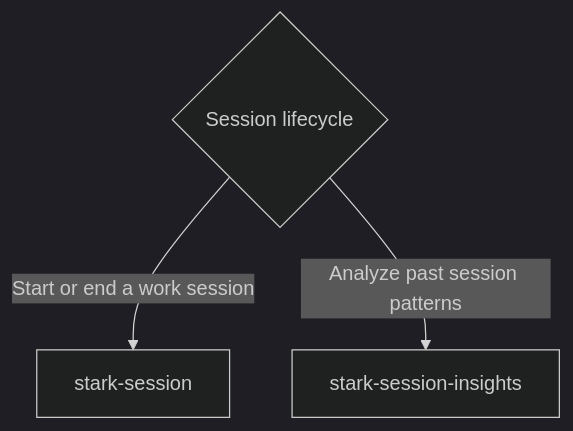
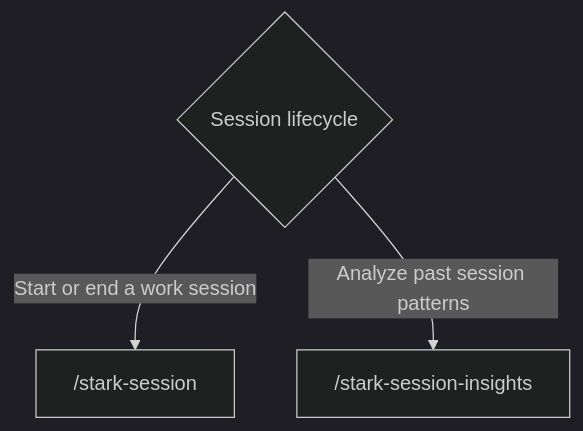
Before and after one commit to 21StarkCom/stark-skills: the fifth of 8 diagrams in docs/skills/README.md, drawn with Mermaid (dark theme). The commit also changed other lines of this file and 1 other file, not shown here.

````diff
--- a/docs/skills/README.md
+++ b/docs/skills/README.md
@@ -52,5 +84,5 @@
 ```mermaid
 graph TD
-    A{Session lifecycle} -->|Start or end a work session| B[stark-session]
-    A -->|Analyze past session patterns| C[stark-session-insights]
+    A{Session lifecycle} -->|Start or end a work session| B["/stark-session"]
+    A -->|Analyze past session patterns| C["/stark-session-insights"]
 ```
````
